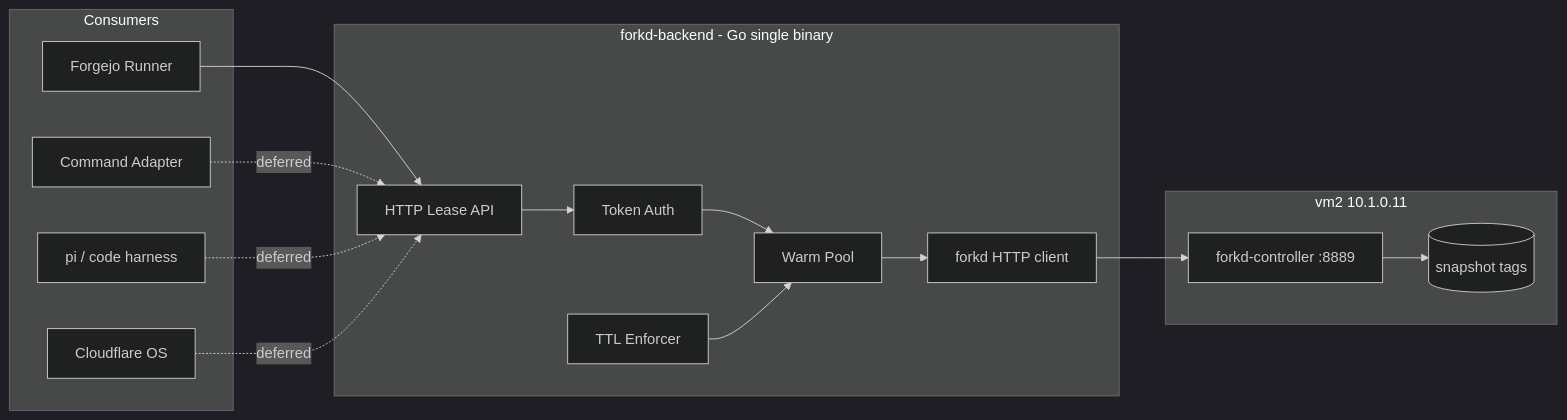
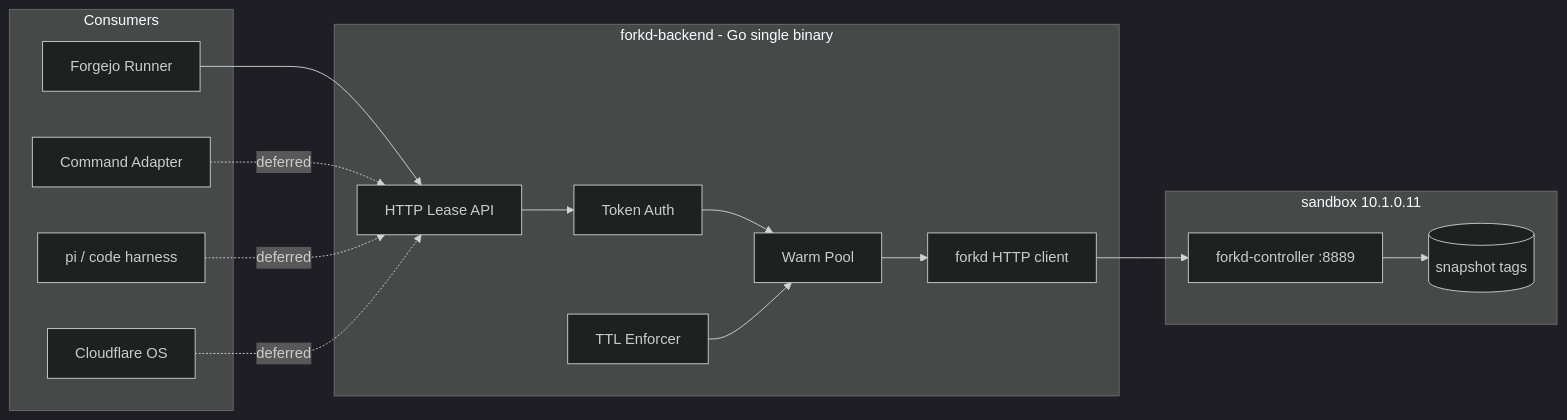
The first of 2 diagrams in docs/plans/2026-08-08-001-feat-forkd-ephemeral-backend-plan.md (jrimmer/spoond), drawn with Mermaid (dark theme) before and after one commit. The commit also changed other lines of this file and 8 other files, not shown here.

First line of the commit message:
chore(docs): the host is called sandbox now, not vm2

````diff
--- a/docs/plans/2026-08-08-001-feat-forkd-ephemeral-backend-plan.md
+++ b/docs/plans/2026-08-08-001-feat-forkd-ephemeral-backend-plan.md
@@ -88,28 +88,28 @@
 ```mermaid
 flowchart LR
     subgraph Consumers
         FJ[Forgejo Runner]
         EX[Command Adapter]
         PI[pi / code harness]
         CO[Cloudflare OS]
     end
     subgraph Backend [forkd-backend - Go single binary]
         API[HTTP Lease API]
         POOL[Warm Pool]
         TTL[TTL Enforcer]
         AUTH[Token Auth]
         FC[forkd HTTP client]
     end
-    subgraph Host [vm2 10.1.0.11]
+    subgraph Host [sandbox 10.1.0.11]
         CTRL[forkd-controller :8889]
         SNAP[(snapshot tags)]
     end
     FJ --> API
     EX -.deferred.-> API
     PI -.deferred.-> API
     CO -.deferred.-> API
     API --> AUTH --> POOL --> FC
     FC --> CTRL
     CTRL --> SNAP
     TTL --> POOL
 ```
````
